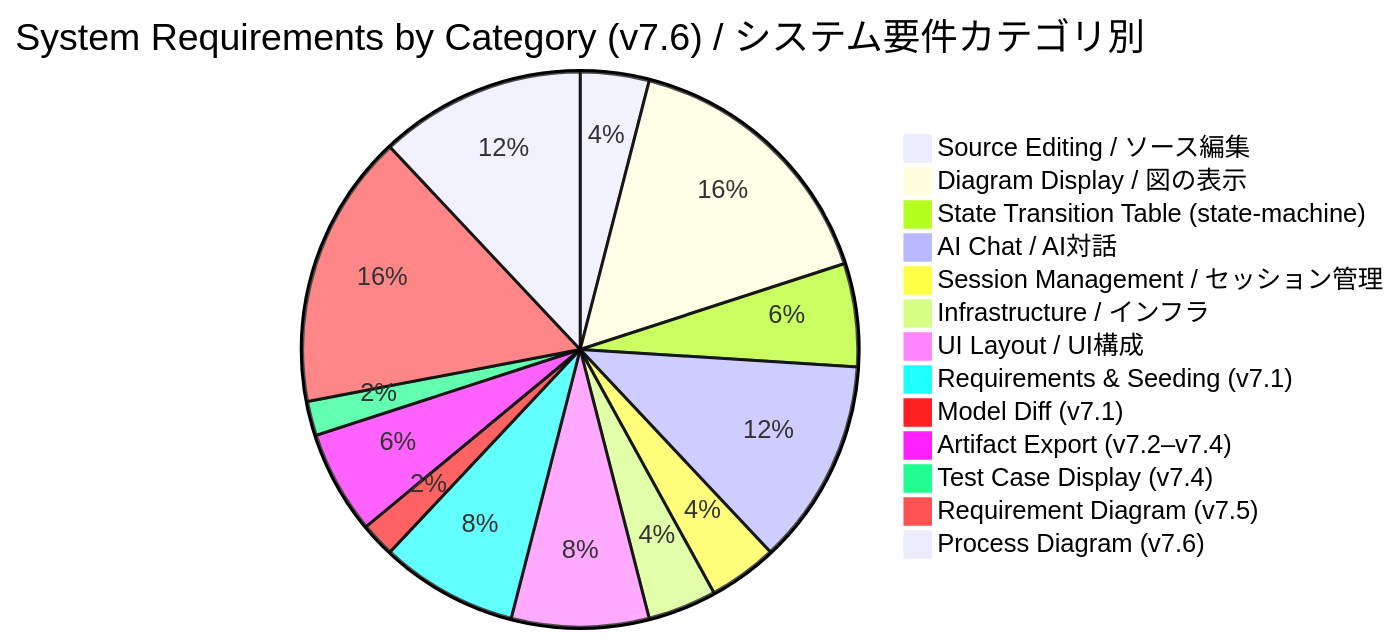
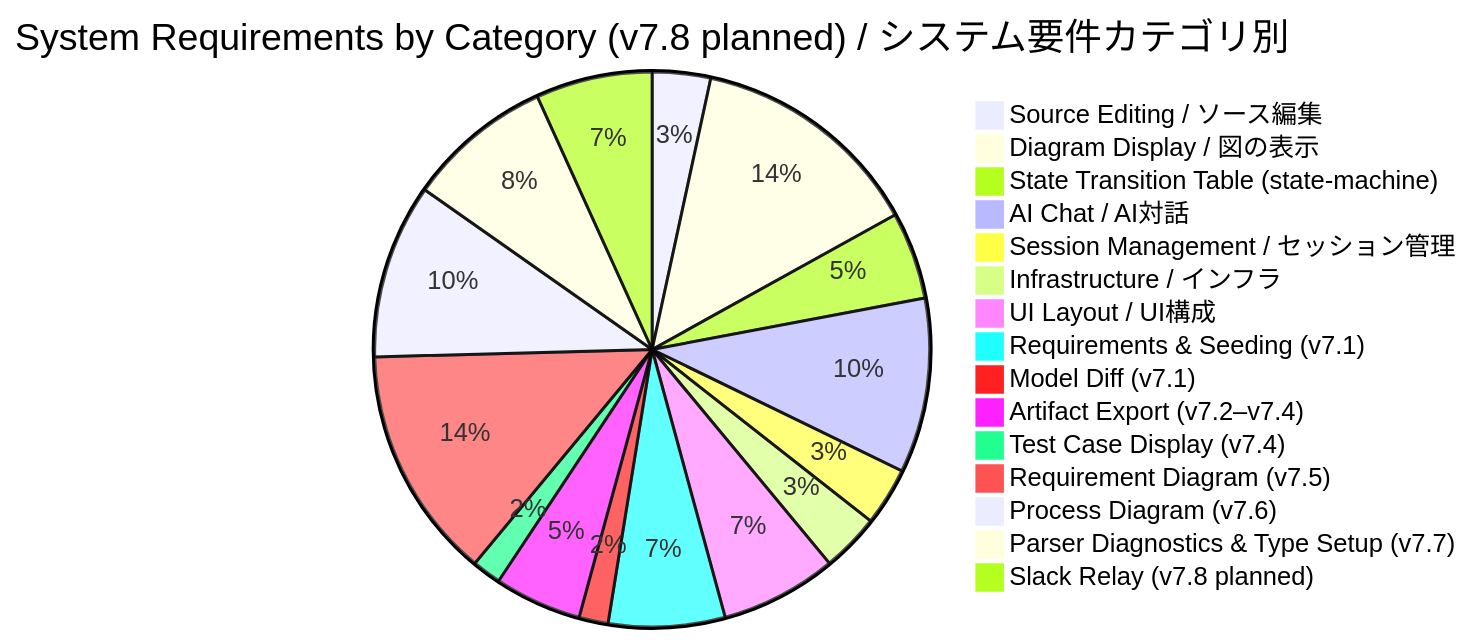
The second of 2 diagrams in Doc/Traceability.md (sho1884/ModelLogue), drawn with Mermaid before and after one commit. The commit also changed other lines of this file and 4 other files, not shown here.

````diff
--- a/Doc/Traceability.md
+++ b/Doc/Traceability.md
@@ -325,16 +344,18 @@
 ```mermaid
-pie title System Requirements by Category (v7.6) / システム要件カテゴリ別
+pie title System Requirements by Category (v7.8 planned) / システム要件カテゴリ別
     "Source Editing / ソース編集" : 2
     "Diagram Display / 図の表示" : 8
     "State Transition Table (state-machine)" : 3
     "AI Chat / AI対話" : 6
     "Session Management / セッション管理" : 2
     "Infrastructure / インフラ" : 2
     "UI Layout / UI構成" : 4
     "Requirements & Seeding (v7.1)" : 4
     "Model Diff (v7.1)" : 1
     "Artifact Export (v7.2–v7.4)" : 3
     "Test Case Display (v7.4)" : 1
     "Requirement Diagram (v7.5)" : 8
     "Process Diagram (v7.6)" : 6
+    "Parser Diagnostics & Type Setup (v7.7)" : 5
+    "Slack Relay (v7.8 planned)" : 4
 ```
````
